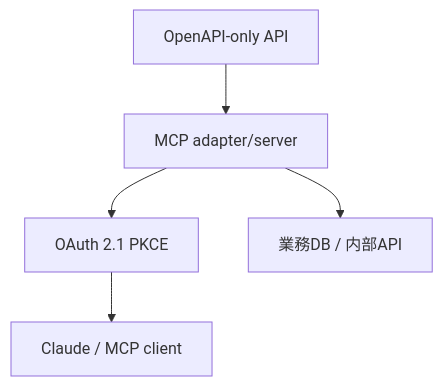
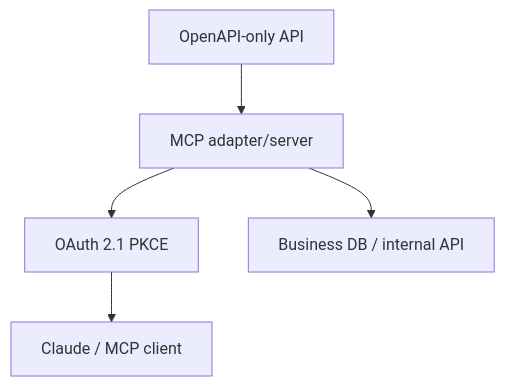
Before and after one commit to daylight55/research: the third of 4 diagrams in content/blog/en/oauth21-pkce-mcp-auth.mdx, drawn with Mermaid. The commit also changed other lines of this file and 26 other files, not shown here.

Commit message:
Translate English Mermaid labels

````diff
--- a/content/blog/en/oauth21-pkce-mcp-auth.mdx
+++ b/content/blog/en/oauth21-pkce-mcp-auth.mdx
@@ -164,7 +164,7 @@
 ```mermaid
 flowchart TD
   A["OpenAPI-only API"] --> B["MCP adapter/server"]
   B --> C["OAuth 2.1 PKCE"]
   C --> D["Claude / MCP client"]
-  B --> E["業務DB / 内部API"]
+  B --> E["Business DB / internal API"]
 ```
````
